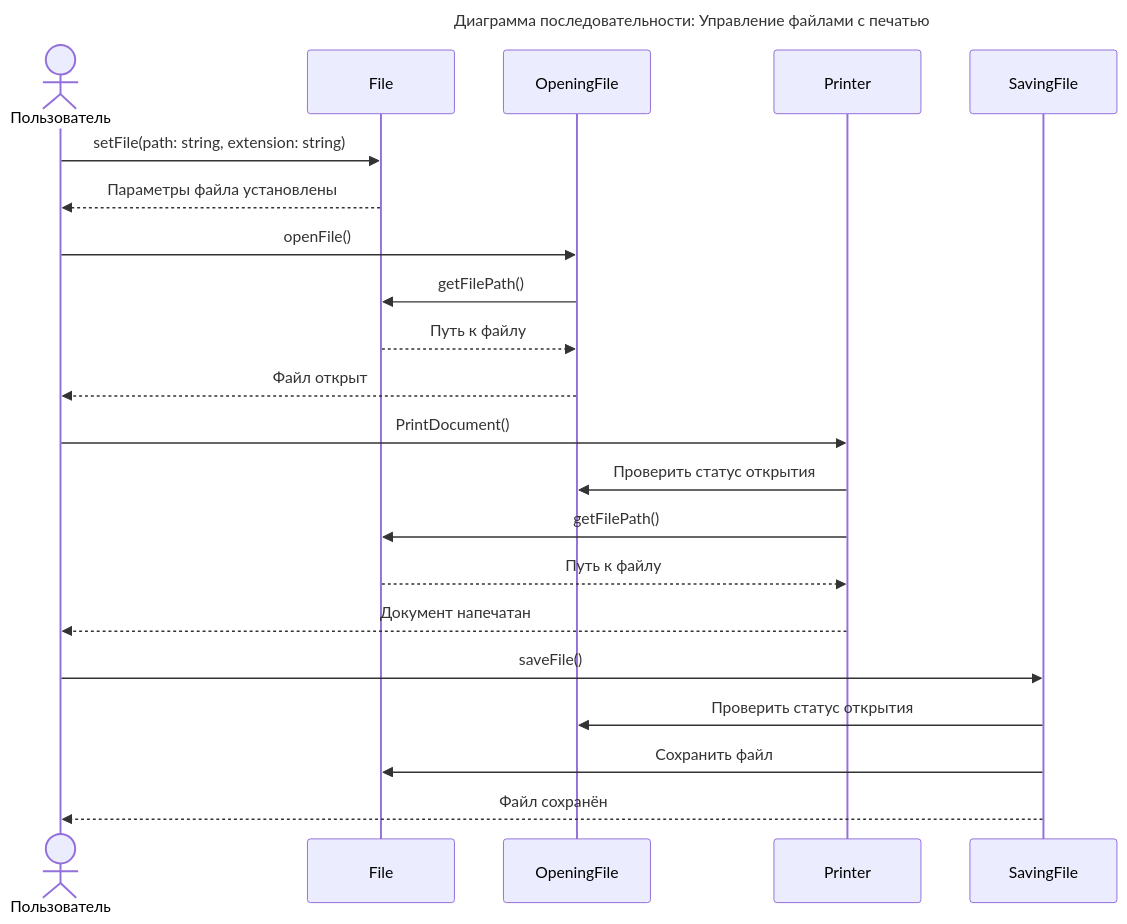
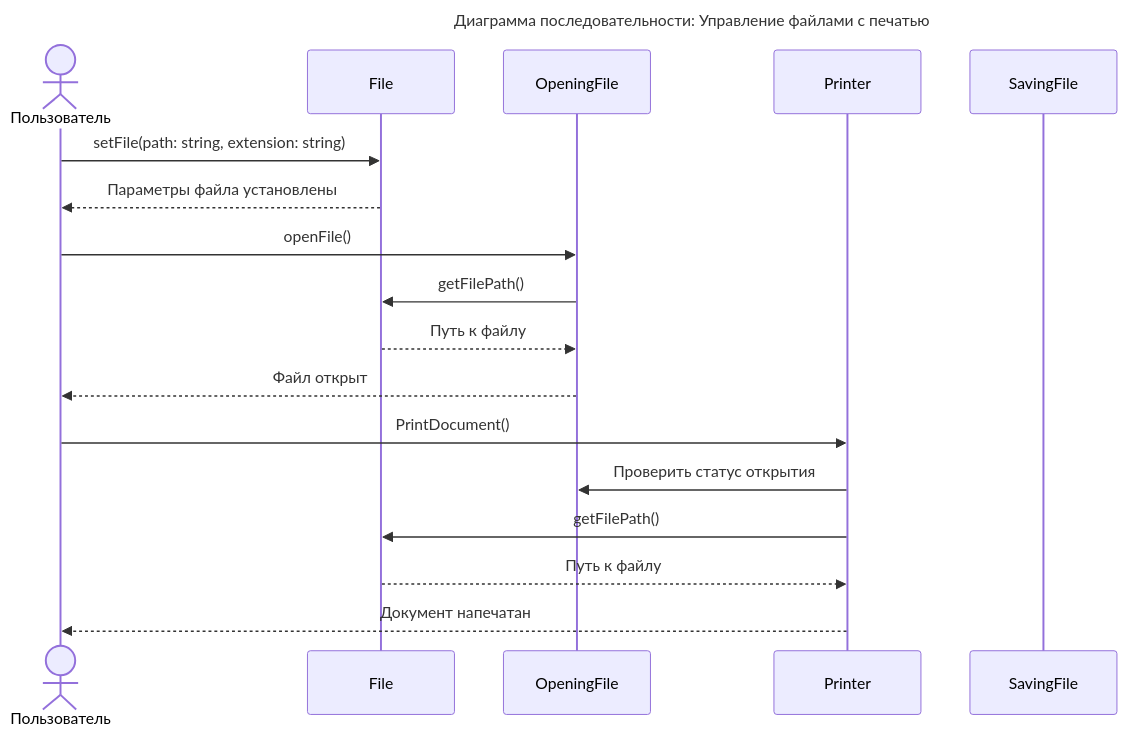
Before and after one commit to penamarth/bsbo-16-23_team5_var11_textedit: the diagram in Документация/Преценденты/Печать/Диаграмма последовательностей.md, drawn with Mermaid.

Commit message:
Update Диаграмма последовательностей.md

````diff
--- a/Документация/Преценденты/Печать/Диаграмма последовательностей.md
+++ b/Документация/Преценденты/Печать/Диаграмма последовательностей.md
@@ -1,28 +1,24 @@
 ```mermaid
 sequenceDiagram
     title Диаграмма последовательности: Управление файлами с печатью
     actor Пользователь
     participant File
     participant OpeningFile
     participant Printer
     participant SavingFile
 
     Пользователь ->> File: setFile(path: string, extension: string)
     File -->> Пользователь: Параметры файла установлены
 
     Пользователь ->> OpeningFile: openFile()
     OpeningFile ->> File: getFilePath()
     File -->> OpeningFile: Путь к файлу
     OpeningFile -->> Пользователь: Файл открыт
 
     Пользователь ->> Printer: PrintDocument()
     Printer ->> OpeningFile: Проверить статус открытия
     Printer ->> File: getFilePath()
     File -->> Printer: Путь к файлу
     Printer -->> Пользователь: Документ напечатан
 
-    Пользователь ->> SavingFile: saveFile()
-    SavingFile ->> OpeningFile: Проверить статус открытия
-    SavingFile ->> File: Сохранить файл
-    SavingFile -->> Пользователь: Файл сохранён
 ```
````
